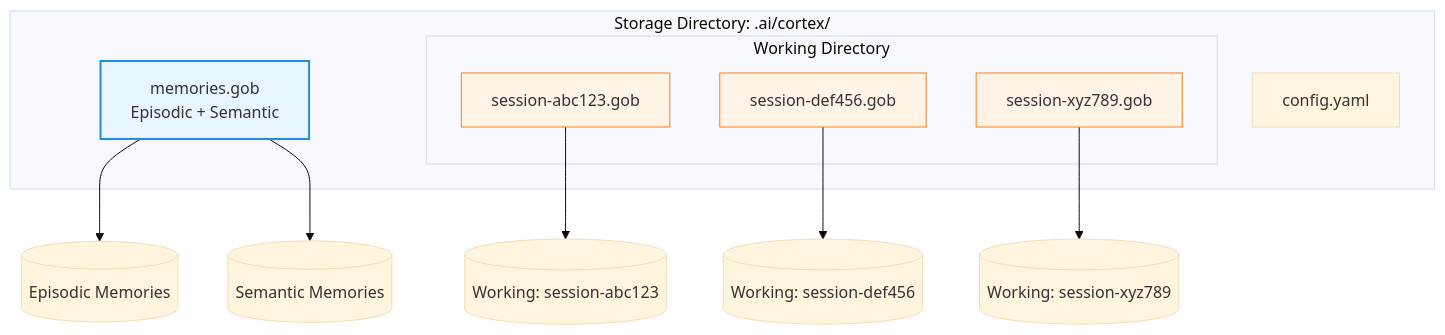
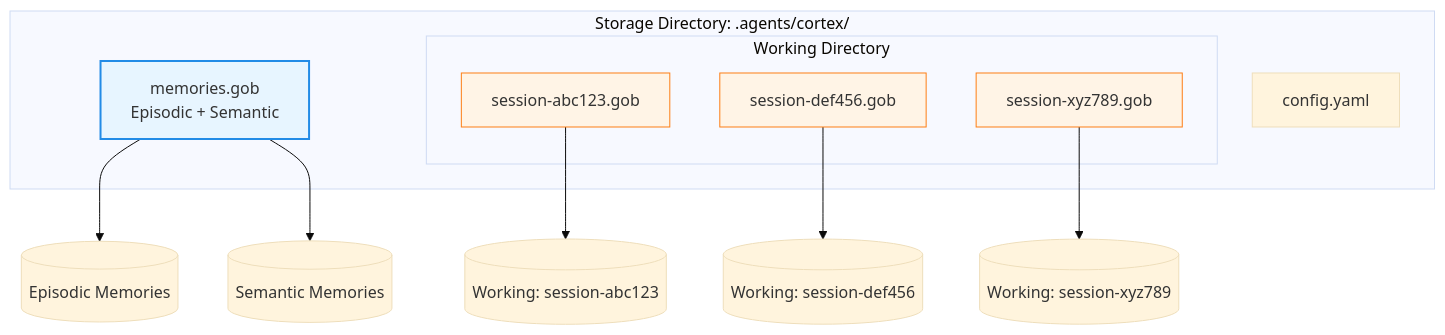
One commit to fmatsos/cortex changed diagram 13 of 16 in docs/architecture/overview.md. Above: the diagram before and after it, drawn with Mermaid (base theme). The commit also changed 20 other files, not shown here.

````diff
--- a/docs/architecture/overview.md
+++ b/docs/architecture/overview.md
@@ -551,26 +551,26 @@
 ```mermaid
 graph TB
-    subgraph "Storage Directory: .ai/cortex/"
+    subgraph "Storage Directory: .agents/cortex/"
         Main[memories.gob<br/>Episodic + Semantic]
 
         subgraph "Working Directory"
             W1[session-abc123.gob]
             W2[session-def456.gob]
             WN[session-xyz789.gob]
         end
 
         Config[config.yaml]
     end
 
     Main --> Episodic[(Episodic Memories)]
     Main --> Semantic[(Semantic Memories)]
 
     W1 --> Working1[(Working: session-abc123)]
     W2 --> Working2[(Working: session-def456)]
     WN --> WorkingN[(Working: session-xyz789)]
 
     style Main fill:#e7f5ff,stroke:#228be6,stroke-width:2px
     style W1 fill:#fff4e6,stroke:#fd7e14
     style W2 fill:#fff4e6,stroke:#fd7e14
     style WN fill:#fff4e6,stroke:#fd7e14
 ```
````
